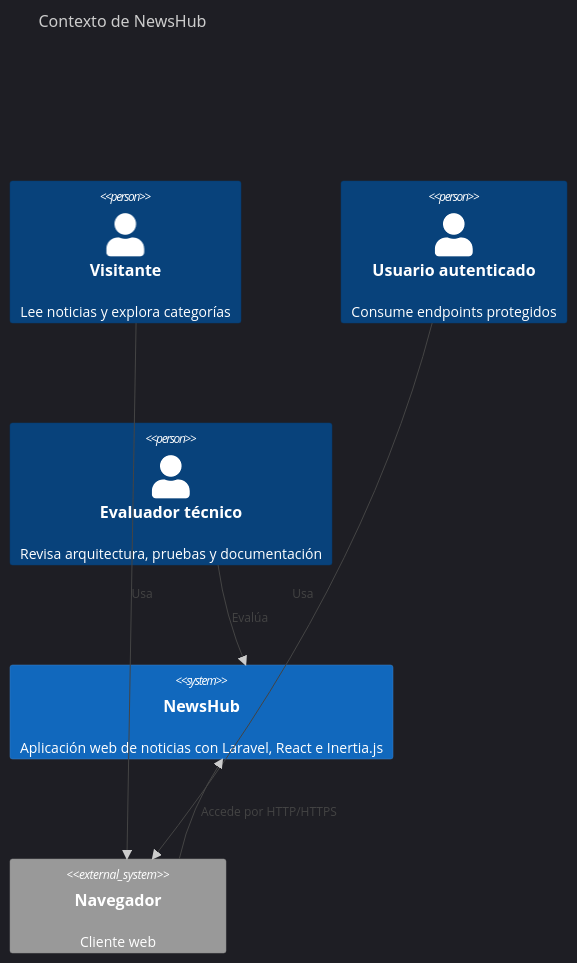
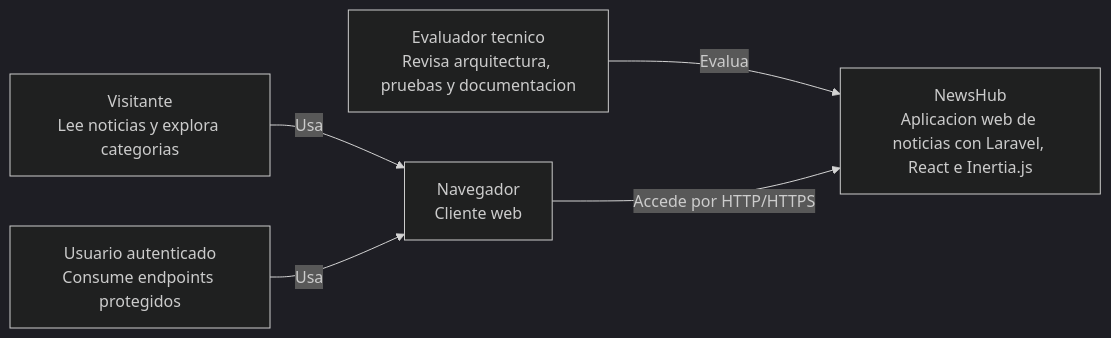
Before and after one commit to feraligatorV/NewsHub-Laravel-Agentic-News-Platform: the diagram in docs-site/docs/architecture/c4-context.md, drawn with Mermaid (dark theme). The commit also changed other lines of this file and 173 other files, not shown here.

````diff
--- a/docs-site/docs/architecture/c4-context.md
+++ b/docs-site/docs/architecture/c4-context.md
@@ -8,13 +8,13 @@
 ```mermaid
-C4Context
-    title Contexto de NewsHub
-    Person(visitor, "Visitante", "Lee noticias y explora categorías")
-    Person(user, "Usuario autenticado", "Consume endpoints protegidos")
-    Person(evaluator, "Evaluador técnico", "Revisa arquitectura, pruebas y documentación")
-    System(newshub, "NewsHub", "Aplicación web de noticias con Laravel, React e Inertia.js")
-    System_Ext(browser, "Navegador", "Cliente web")
-    Rel(visitor, browser, "Usa")
-    Rel(user, browser, "Usa")
-    Rel(evaluator, newshub, "Evalúa")
-    Rel(browser, newshub, "Accede por HTTP/HTTPS")
+flowchart LR
+    visitor["Visitante<br/>Lee noticias y explora categorias"]
+    user["Usuario autenticado<br/>Consume endpoints protegidos"]
+    evaluator["Evaluador tecnico<br/>Revisa arquitectura, pruebas y documentacion"]
+    browser["Navegador<br/>Cliente web"]
+    newshub["NewsHub<br/>Aplicacion web de noticias con Laravel, React e Inertia.js"]
+
+    visitor -->|Usa| browser
+    user -->|Usa| browser
+    evaluator -->|Evalua| newshub
+    browser -->|Accede por HTTP/HTTPS| newshub
 ```
````
